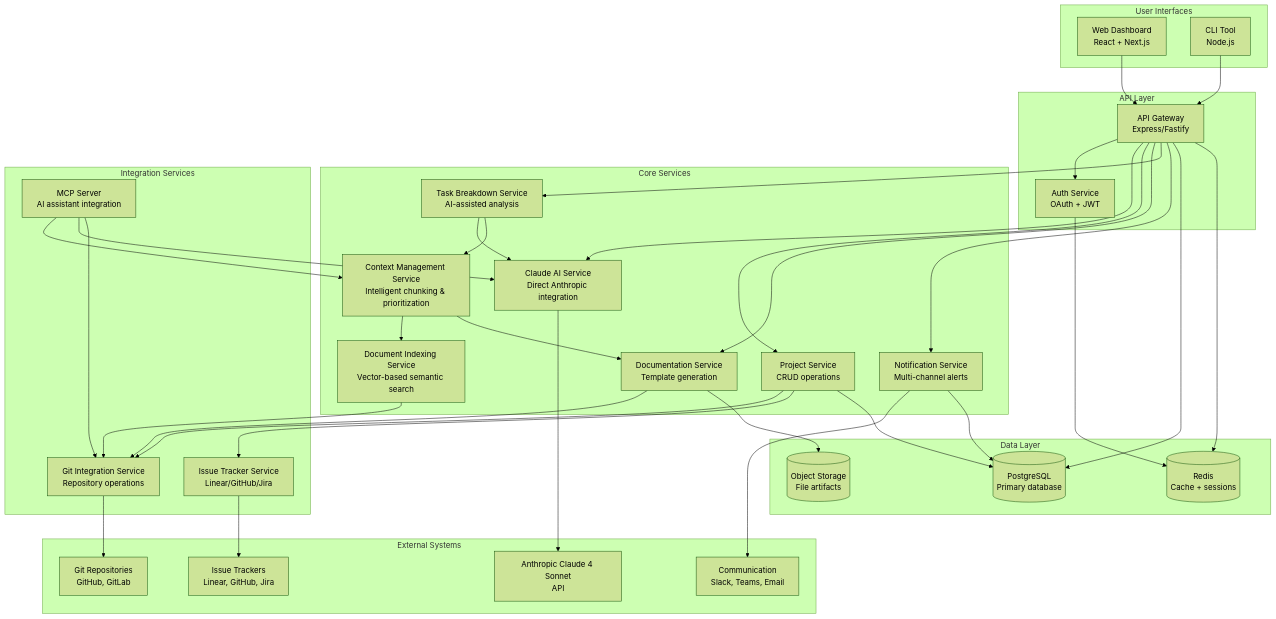
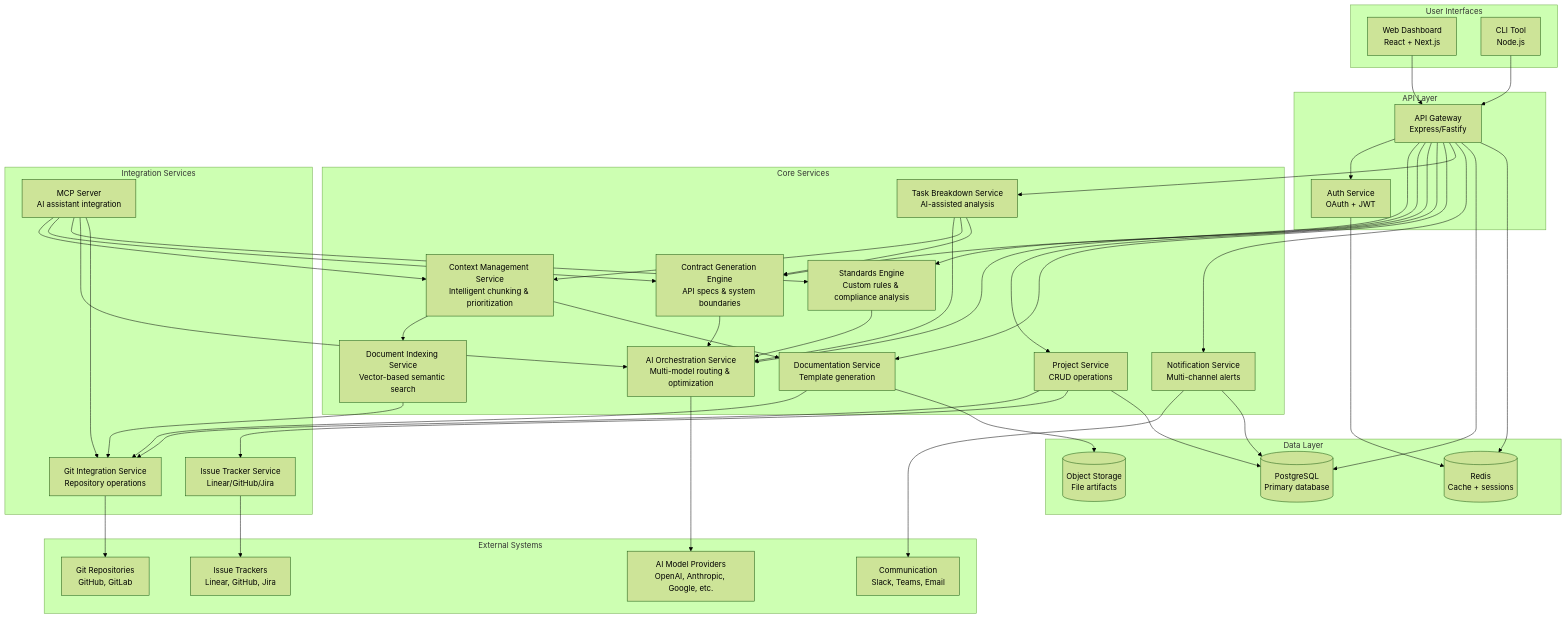
One commit to spiralhouse/cycletime changed the first of 4 diagrams in docs/architecture/system-overview.md. Above: the diagram before and after it, drawn with Mermaid (forest theme). The commit also changed other lines of this file, not shown here.

First line of the commit message:
docs: update system architecture for contract-first development and standards enforcement

```diff
--- a/docs/architecture/system-overview.md
+++ b/docs/architecture/system-overview.md
@@ -30,9 +31,11 @@
     end
     
     subgraph "Core Services"
-        CLAUDE[Claude AI Service<br/>Direct Anthropic integration]
+        AI_ORCH[AI Orchestration Service<br/>Multi-model routing & optimization]
         CONTEXT[Context Management Service<br/>Intelligent chunking & prioritization]
         SEARCH[Document Indexing Service<br/>Vector-based semantic search]
+        CONTRACT[Contract Generation Engine<br/>API specs & system boundaries]
+        STANDARDS[Standards Engine<br/>Custom rules & compliance analysis]
         PROJ[Project Service<br/>CRUD operations]
         DOC[Documentation Service<br/>Template generation]
         TASK[Task Breakdown Service<br/>AI-assisted analysis]
@@ -52,7 +55,7 @@
     end
     
     subgraph "External Systems"
-        ANTHROPIC[Anthropic Claude 4 Sonnet<br/>API]
+        AI_PROVIDERS[AI Model Providers<br/>OpenAI, Anthropic, Google, etc.]
         REPOS[Git Repositories<br/>GitHub, GitLab]
         TRACKERS[Issue Trackers<br/>Linear, GitHub, Jira]
         COMM[Communication<br/>Slack, Teams, Email]
@@ -64,29 +67,36 @@
     
     %% API Layer connections
     API --> AUTH
-    API --> CLAUDE
+    API --> AI_ORCH
+    API --> CONTRACT
+    API --> STANDARDS
     API --> PROJ
     API --> DOC
     API --> TASK
     API --> NOTIF
     
     %% Core Service connections
-    CLAUDE --> ANTHROPIC
+    AI_ORCH --> AI_PROVIDERS
+    CONTRACT --> AI_ORCH
+    STANDARDS --> AI_ORCH
     CONTEXT --> SEARCH
     CONTEXT --> DOC
     SEARCH --> GIT
     PROJ --> GIT
     PROJ --> ISSUE
     DOC --> GIT
-    TASK --> CLAUDE
+    TASK --> AI_ORCH
     TASK --> CONTEXT
+    TASK --> CONTRACT
     NOTIF --> COMM
     MCP --> CONTEXT
+    MCP --> CONTRACT
+    MCP --> STANDARDS
     
     %% Integration Service connections
     GIT --> REPOS
     ISSUE --> TRACKERS
-    MCP --> CLAUDE
+    MCP --> AI_ORCH
     MCP --> GIT
     
     %% Data Layer connections
```
